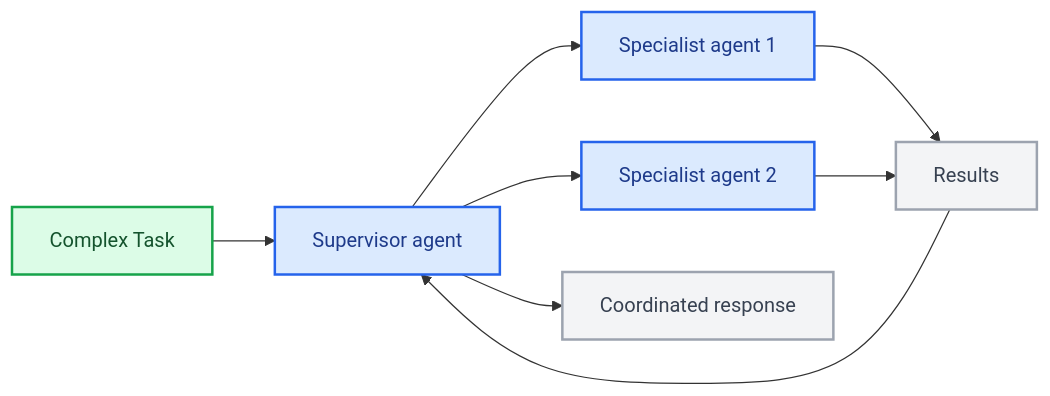
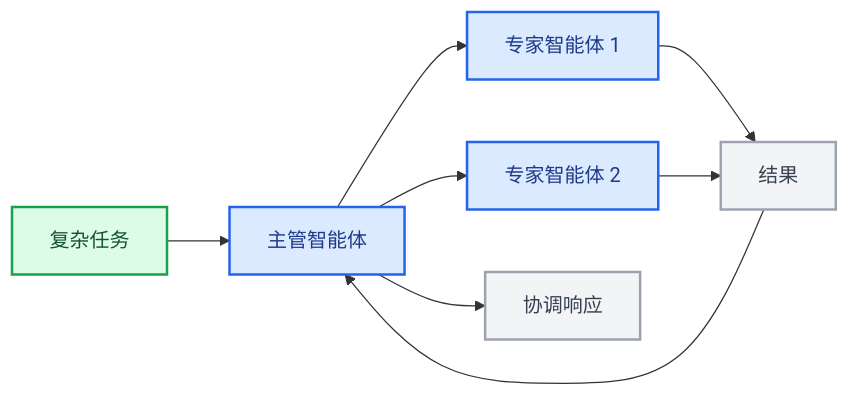
The fourth of 4 diagrams in oss/python/langchain/component-architecture.mdx (kunfan96/cndocs-langchain), drawn with Mermaid before and after one commit. The commit also changed other lines of this file and 1030 other files, not shown here.

````diff
--- a/oss/python/langchain/component-architecture.mdx
+++ b/oss/python/langchain/component-architecture.mdx
@@ -130,18 +130,18 @@
 ```mermaid
 graph LR
-    A[Complex Task] --> B[Supervisor agent]
-    B --> C[Specialist agent 1]
-    B --> D[Specialist agent 2]
-    C --> E[Results]
+    A[复杂任务] --> B[主管智能体]
+    B --> C[专家智能体 1]
+    B --> D[专家智能体 2]
+    C --> E[结果]
     D --> E
     E --> B
-    B --> F[Coordinated response]
+    B --> F[协调响应]
 
     classDef trigger fill:#DCFCE7,stroke:#16A34A,stroke-width:2px,color:#14532D
     classDef process fill:#DBEAFE,stroke:#2563EB,stroke-width:2px,color:#1E3A8A
     classDef neutral fill:#F3F4F6,stroke:#9CA3AF,stroke-width:2px,color:#374151
 
     class A trigger
     class B,C,D process
     class E,F neutral
 ```
````
